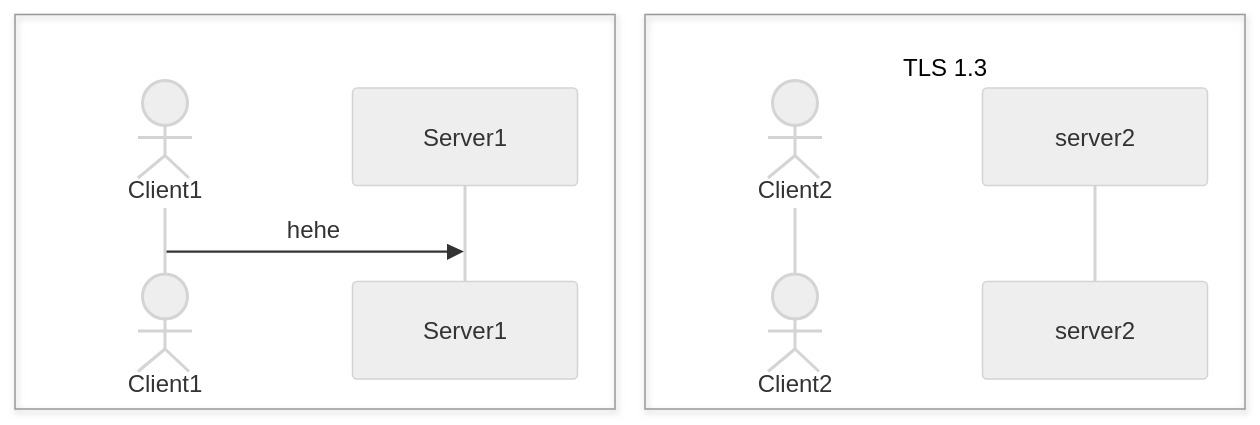
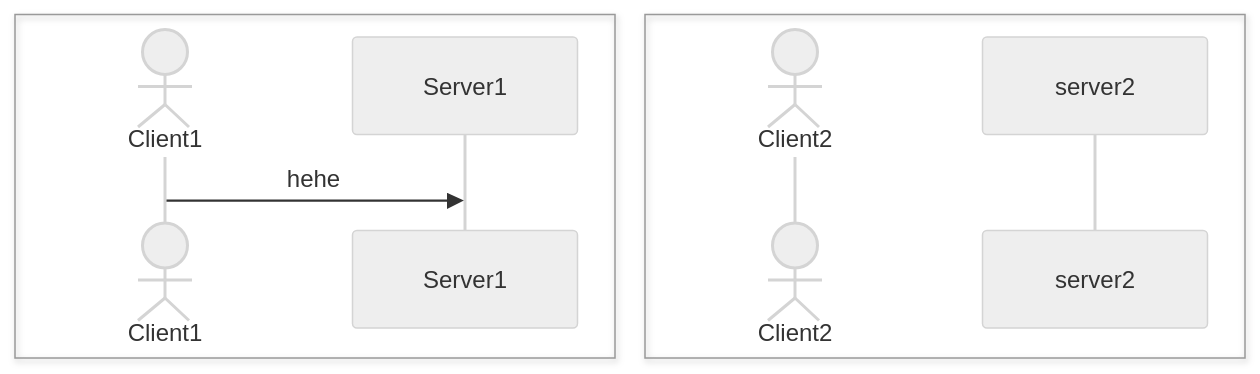
Before and after one commit to jtaverne/ovh: the third of 3 diagrams in tls_1.3.md, drawn with Mermaid.

````diff
--- a/tls_1.3.md
+++ b/tls_1.3.md
@@ -37,13 +37,13 @@
 ```mermaid
 %%{init: {'theme': 'neutral' } }%%
 sequenceDiagram
-    box #CCCCCC <br/>TLS 1.2
+    box #000000 <br/>TLS 1.2
     actor Client1
     participant Server1
     end
-    box <br/>TLS 1.3
+    box #85c1e9 <br/>TLS 1.3
     actor Client2
     participant server2
     end
 Client1 ->> Server1 : hehe
 ```
````
